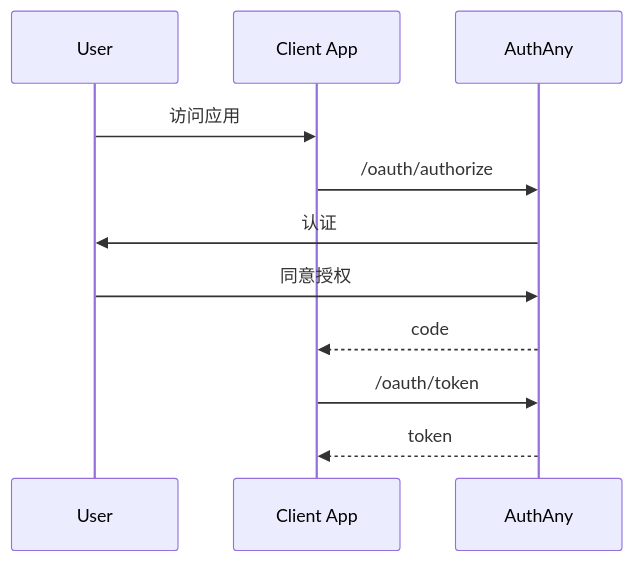
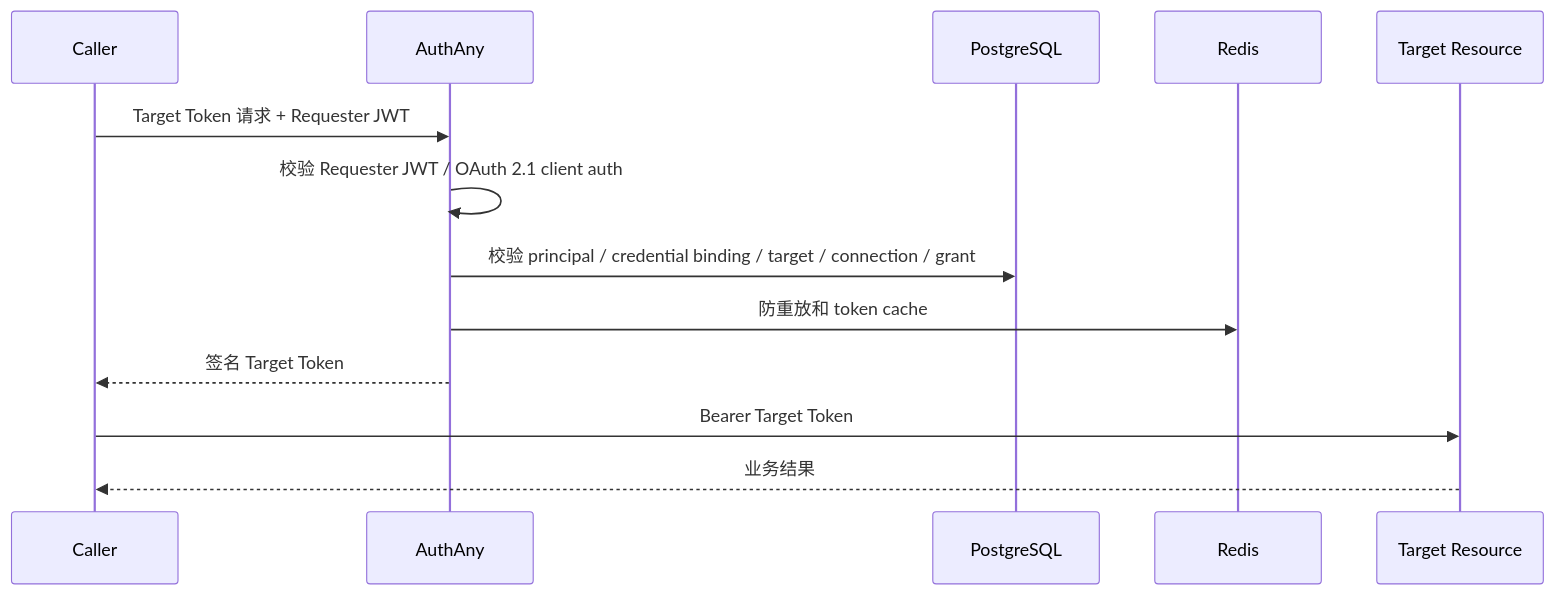
Before and after one commit to renxqoo/Authany: the third of 3 diagrams in specs/01-ARCHITECTURE.md, drawn with Mermaid. The commit also changed other lines of this file and 310 other files, not shown here.

Commit message:
feat: harden security flows and reorganize example apps

````diff
--- a/specs/01-ARCHITECTURE.md
+++ b/specs/01-ARCHITECTURE.md
@@ -109,14 +80,16 @@
 ```mermaid
 sequenceDiagram
-    participant U as User
-    participant C as Client App
+    participant C as Caller
     participant A as AuthAny
+    participant DB as PostgreSQL
+    participant REDIS as Redis
+    participant T as Target Resource
 
-    U->>C: 访问应用
-    C->>A: /oauth/authorize
-    A->>U: 认证
-    U->>A: 同意授权
-    A-->>C: code
-    C->>A: /oauth/token
-    A-->>C: token
+    C->>A: Target Token 请求 + Requester JWT
+    A->>A: 校验 Requester JWT / OAuth 2.1 client auth
+    A->>DB: 校验 principal / credential binding / target / connection / grant
+    A->>REDIS: 防重放和 token cache
+    A-->>C: 签名 Target Token
+    C->>T: Bearer Target Token
+    T-->>C: 业务结果
 ```
````
